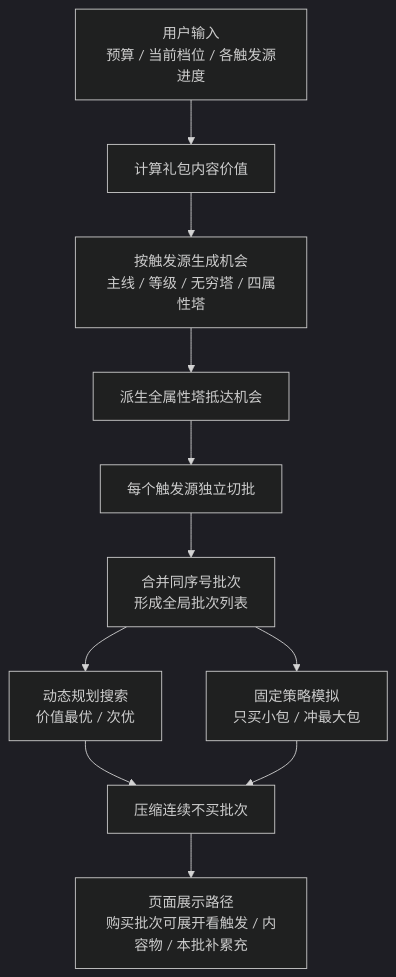
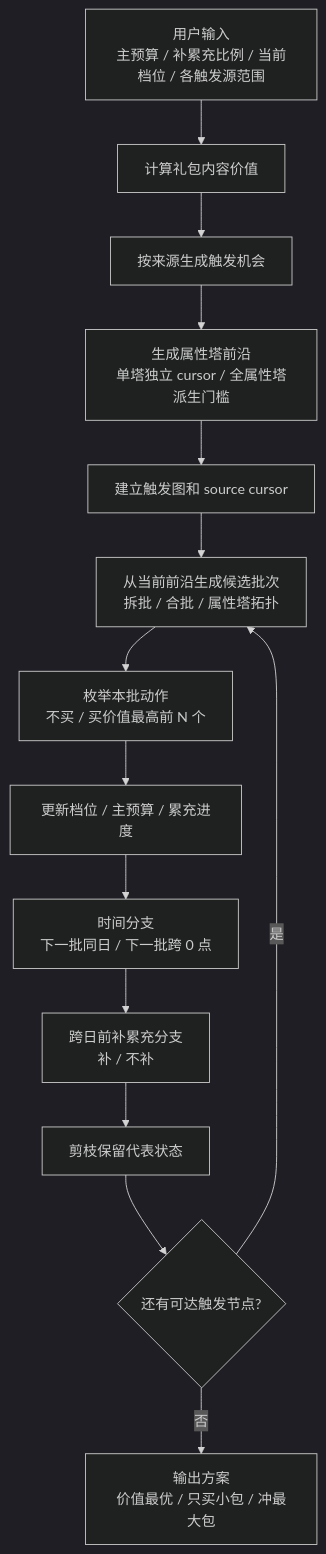
The first of 4 diagrams in doc/items/UltraSalePack/path-planning-visual.md (hitazuki/mementomori-calculator), drawn with Mermaid (dark theme) before and after one commit. The commit also changed other lines of this file and 8 other files, not shown here.

````diff
--- a/doc/items/UltraSalePack/path-planning-visual.md
+++ b/doc/items/UltraSalePack/path-planning-visual.md
@@ -7,13 +7,16 @@
 ```mermaid
 flowchart TD
-  A["用户输入<br/>预算 / 当前档位 / 各触发源进度"] --> B["计算礼包内容价值"]
-  B --> C["按触发源生成机会<br/>主线 / 等级 / 无穷塔 / 四属性塔"]
-  C --> D["派生全属性塔抵达机会"]
-  D --> E["每个触发源独立切批"]
-  E --> F["合并同序号批次<br/>形成全局批次列表"]
-  F --> G["动态规划搜索<br/>价值最优 / 次优"]
-  F --> H["固定策略模拟<br/>只买小包 / 冲最大包"]
-  G --> I["压缩连续不买批次"]
-  H --> I
-  I --> J["页面展示路径<br/>购买批次可展开看触发 / 内容物 / 本批补累充"]
+  A["用户输入<br/>主预算 / 补累充比例 / 当前档位 / 各触发源范围"] --> B["计算礼包内容价值"]
+  B --> C["按来源生成触发机会"]
+  C --> D["生成属性塔前沿<br/>单塔独立 cursor / 全属性塔派生门槛"]
+  D --> E["建立触发图和 source cursor"]
+  E --> F["从当前前沿生成候选批次<br/>拆批 / 合批 / 属性塔拓扑"]
+  F --> G["枚举本批动作<br/>不买 / 买价值最高前 N 个"]
+  G --> H["更新档位 / 主预算 / 累充进度"]
+  H --> I["时间分支<br/>下一批同日 / 下一批跨 0 点"]
+  I --> J["跨日前补累充分支<br/>补 / 不补"]
+  J --> K["剪枝保留代表状态"]
+  K --> L{"还有可达触发节点?"}
+  L -- "是" --> F
+  L -- "否" --> M["输出方案<br/>价值最优 / 只买小包 / 冲最大包"]
 ```
````
